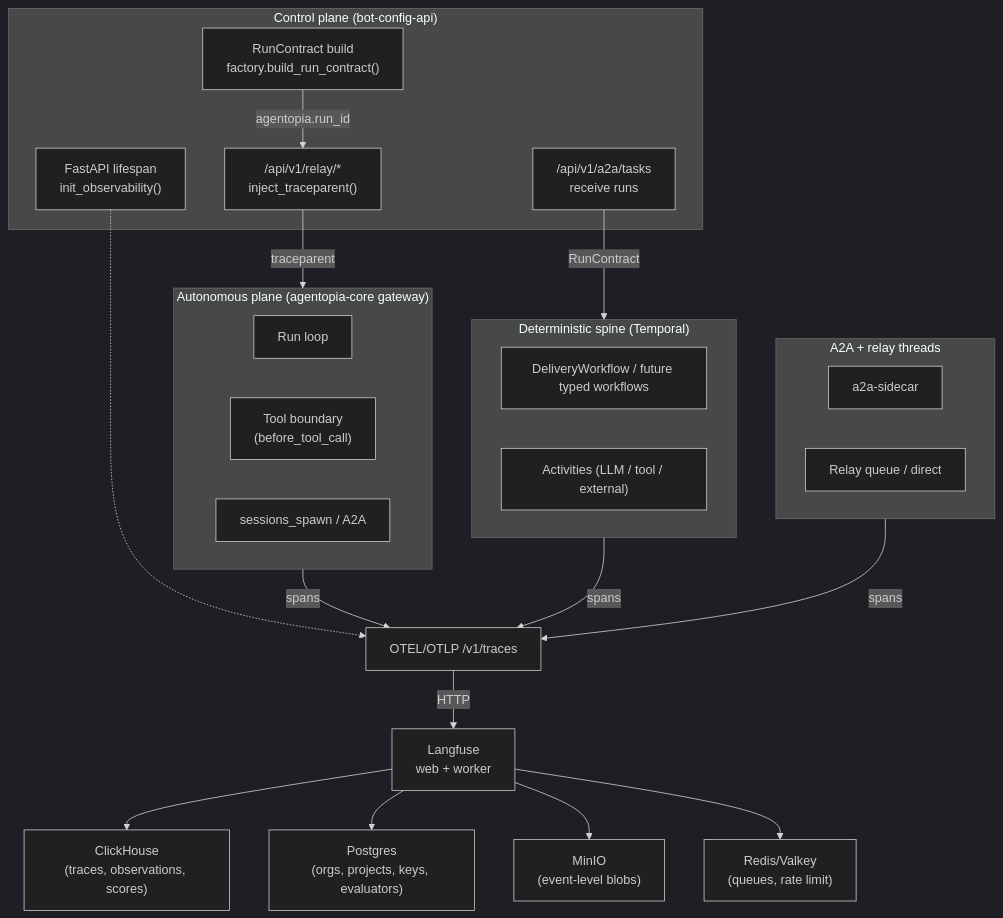
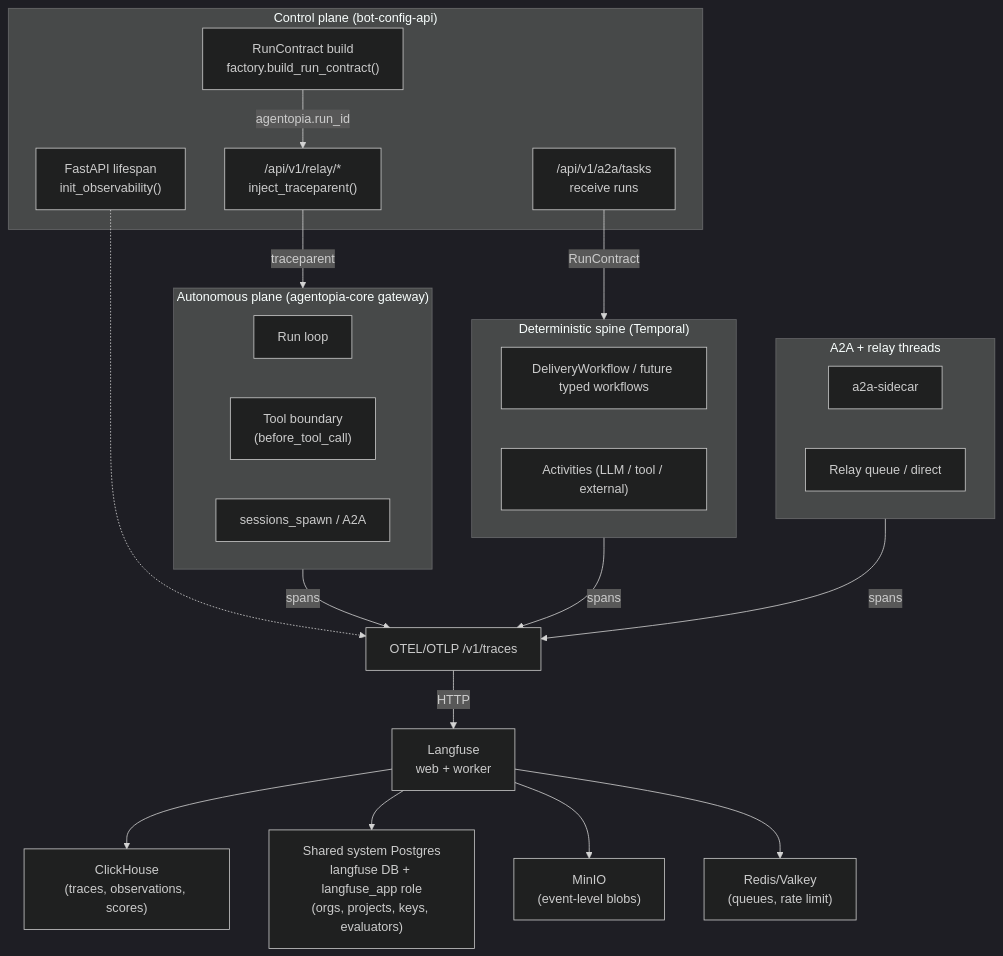
One commit to ai-agentopia/docs changed the first of 2 diagrams in architecture/harness-control/h3-observability-production-design.md. Above: the diagram before and after it, drawn with Mermaid (dark theme). The commit also changed other lines of this file, not shown here.

First line of the commit message:
fix(h3-obs): Postgres is external shared system, not Langfuse subchart

````diff
--- a/architecture/harness-control/h3-observability-production-design.md
+++ b/architecture/harness-control/h3-observability-production-design.md
@@ -92,35 +92,35 @@
 ```mermaid
 flowchart TB
     subgraph CP["Control plane (bot-config-api)"]
         LIFE["FastAPI lifespan\ninit_observability()"]
         RCB["RunContract build\nfactory.build_run_contract()"]
         RELAY["/api/v1/relay/*\ninject_traceparent()"]
         TASKS["/api/v1/a2a/tasks\nreceive runs"]
     end
     subgraph GW["Autonomous plane (agentopia-core gateway)"]
         RUN["Run loop"]
         TOOL["Tool boundary\n(before_tool_call)"]
         SUB["sessions_spawn / A2A"]
     end
     subgraph TEMP["Deterministic spine (Temporal)"]
         WF["DeliveryWorkflow / future typed workflows"]
         ACT["Activities (LLM / tool / external)"]
     end
     subgraph A2A["A2A + relay threads"]
         SIDE["a2a-sidecar"]
         QUEUE["Relay queue / direct"]
     end
 
     LIFE -.-> OTLP
     RCB -->|agentopia.run_id| RELAY
     RELAY -->|traceparent| GW
     TASKS -->|RunContract| TEMP
     GW -->|spans| OTLP["OTEL/OTLP /v1/traces"]
     TEMP -->|spans| OTLP
     A2A -->|spans| OTLP
     OTLP -->|HTTP| LF["Langfuse\nweb + worker"]
     LF --> CH["ClickHouse\n(traces, observations, scores)"]
-    LF --> PG["Postgres\n(orgs, projects, keys, evaluators)"]
+    LF --> PG["Shared system Postgres\nlangfuse DB + langfuse_app role\n(orgs, projects, keys, evaluators)"]
     LF --> S3["MinIO\n(event-level blobs)"]
     LF --> RD["Redis/Valkey\n(queues, rate limit)"]
 ```
````
